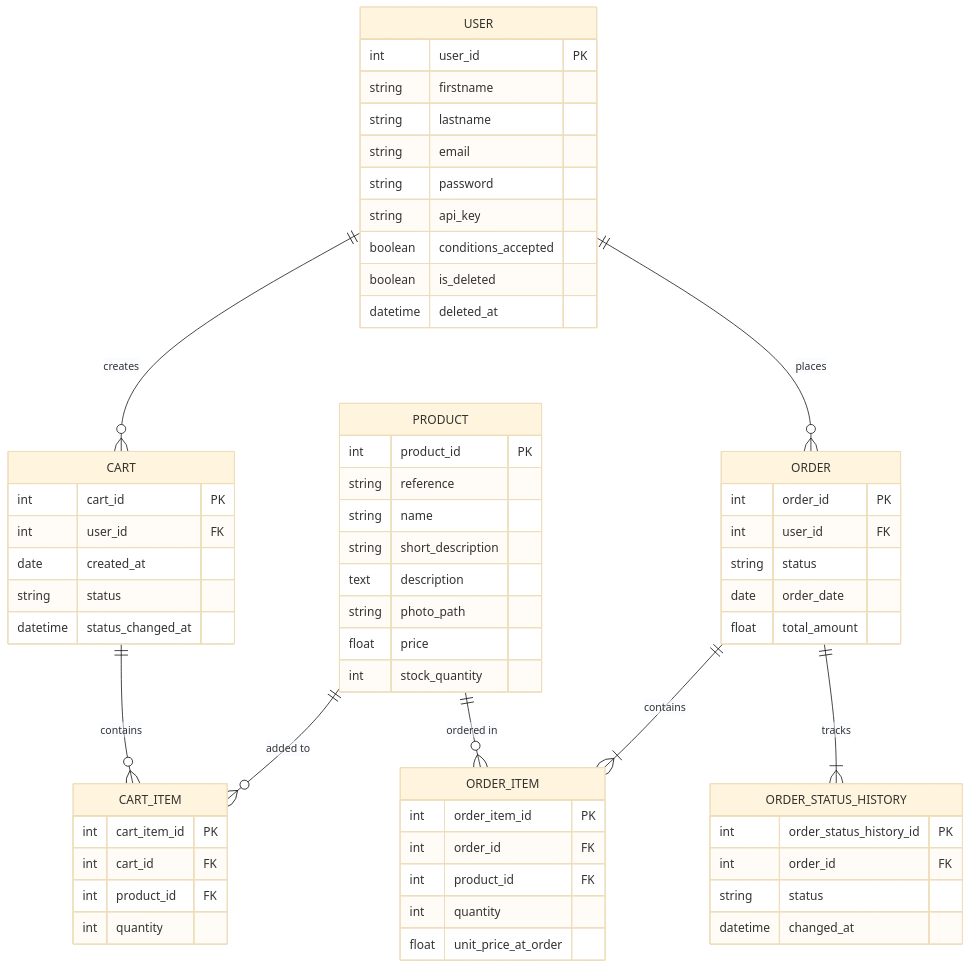
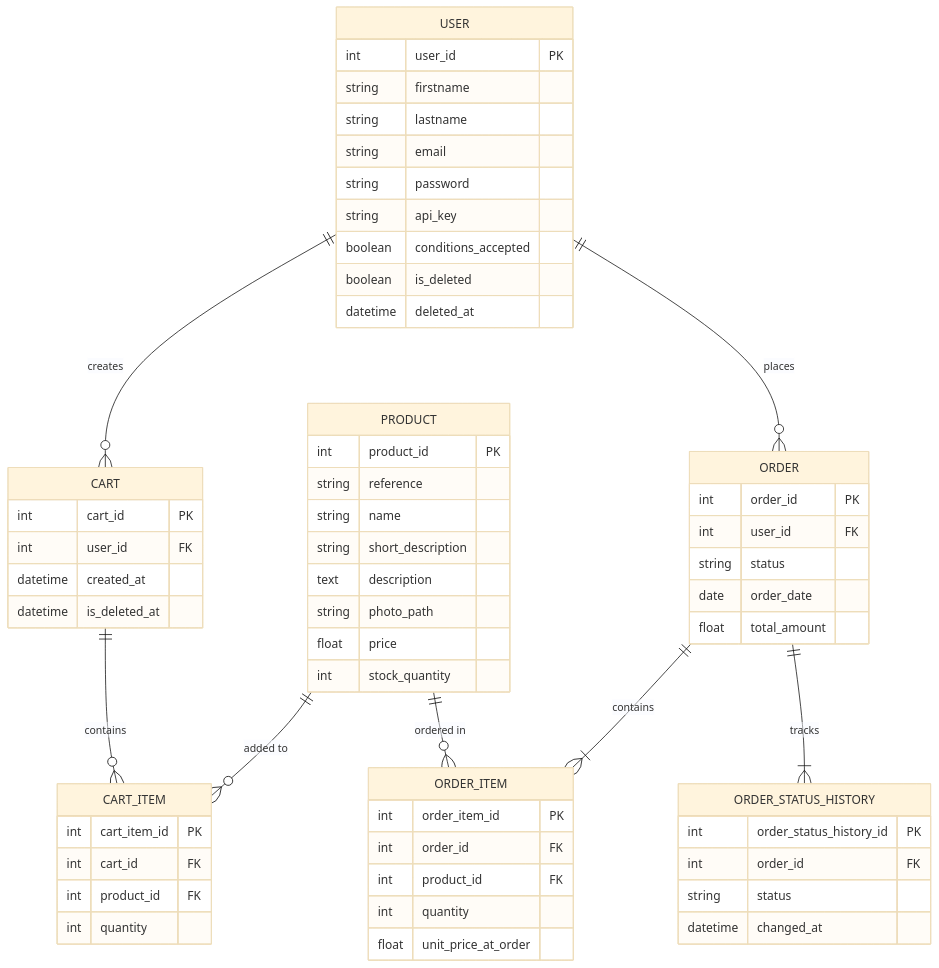
One commit to Squarenoize/ForgeChene changed the diagram in diagrammeBaseDeDonnees.mmd. Above: the diagram before and after it, drawn with Mermaid (base theme). The commit also changed 11 other files, not shown here.

```diff
--- a/diagrammeBaseDeDonnees.mmd
+++ b/diagrammeBaseDeDonnees.mmd
@@ -1,69 +1,68 @@
 erDiagram
     USER ||--o{ CART : creates
     USER ||--o{ ORDER : places
     CART ||--o{ CART_ITEM : contains
     PRODUCT ||--o{ CART_ITEM : "added to"
     PRODUCT ||--o{ ORDER_ITEM : "ordered in"
     ORDER ||--|{ ORDER_ITEM : contains
     ORDER ||--|{ ORDER_STATUS_HISTORY : "tracks"
 
     USER {
         int user_id PK
         string firstname
         string lastname
         string email
         string password
         string api_key
         boolean conditions_accepted
         boolean is_deleted
         datetime deleted_at
     }
 
     PRODUCT {
         int product_id PK
         string reference
         string name
         string short_description
         text description
         string photo_path
         float price
         int stock_quantity
     }
 
     CART {
         int cart_id PK
         int user_id FK
-        date created_at
-        string status
-        datetime status_changed_at
+        datetime created_at
+        datetime is_deleted_at
     }
 
     CART_ITEM {
         int cart_item_id PK
         int cart_id FK
         int product_id FK
         int quantity
     }
 
     ORDER {
         int order_id PK
         int user_id FK
         string status
         date order_date
         float total_amount
     }
 
     ORDER_ITEM {
         int order_item_id PK
         int order_id FK
         int product_id FK
         int quantity
         float unit_price_at_order
     }
 
     ORDER_STATUS_HISTORY {
         int order_status_history_id PK
         int order_id FK
         string status
         datetime changed_at
     }
```
